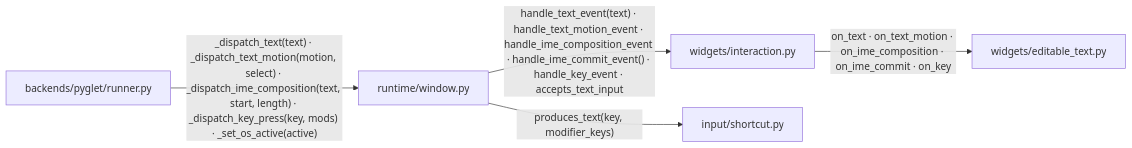
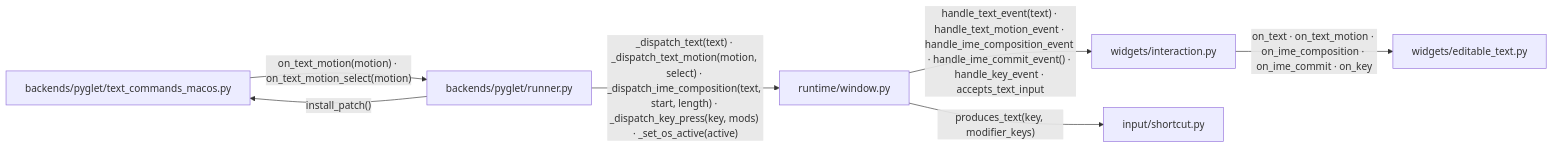
One commit to yuksblog/nuiitivet changed the sixth of 9 diagrams in docs/design/TEXT_EDITING.md. Above: the diagram before and after it, drawn with Mermaid. The commit also changed other lines of this file and 14 other files, not shown here.

````diff
--- a/docs/design/TEXT_EDITING.md
+++ b/docs/design/TEXT_EDITING.md
@@ -175,13 +177,16 @@
 ```mermaid
 flowchart LR
+    commands[backends/pyglet/text_commands_macos.py]
     runner[backends/pyglet/runner.py]
     window[runtime/window.py]
     interaction[widgets/interaction.py]
     editor[widgets/editable_text.py]
     shortcuts[input/shortcut.py]
 
+    runner -- "install_patch()" --> commands
+    commands -- "on_text_motion(motion) · on_text_motion_select(motion)" --> runner
     runner -- "_dispatch_text(text) · _dispatch_text_motion(motion, select) · _dispatch_ime_composition(text, start, length) · _dispatch_key_press(key, mods) · _set_os_active(active)" --> window
     window -- "handle_text_event(text) · handle_text_motion_event · handle_ime_composition_event · handle_ime_commit_event() · handle_key_event · accepts_text_input" --> interaction
     interaction -- "on_text · on_text_motion · on_ime_composition · on_ime_commit · on_key" --> editor
     window -- "produces_text(key, modifier_keys)" --> shortcuts
 ```
````
